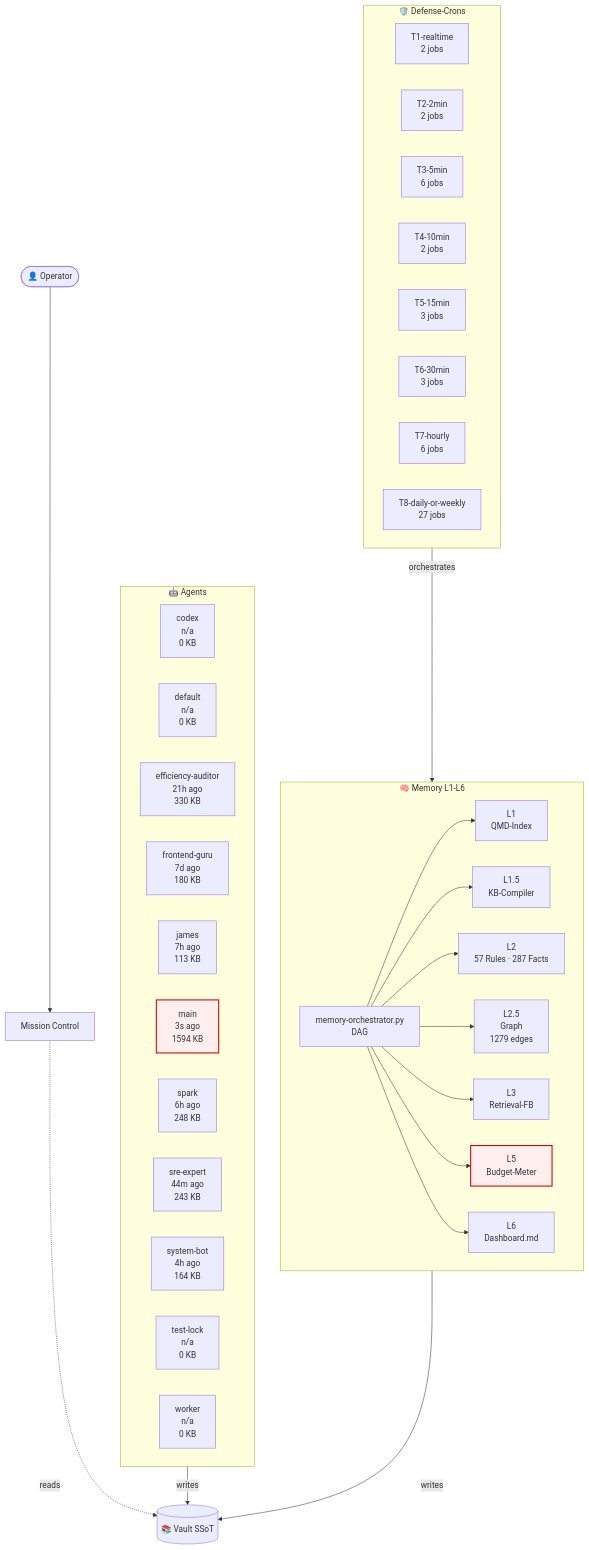
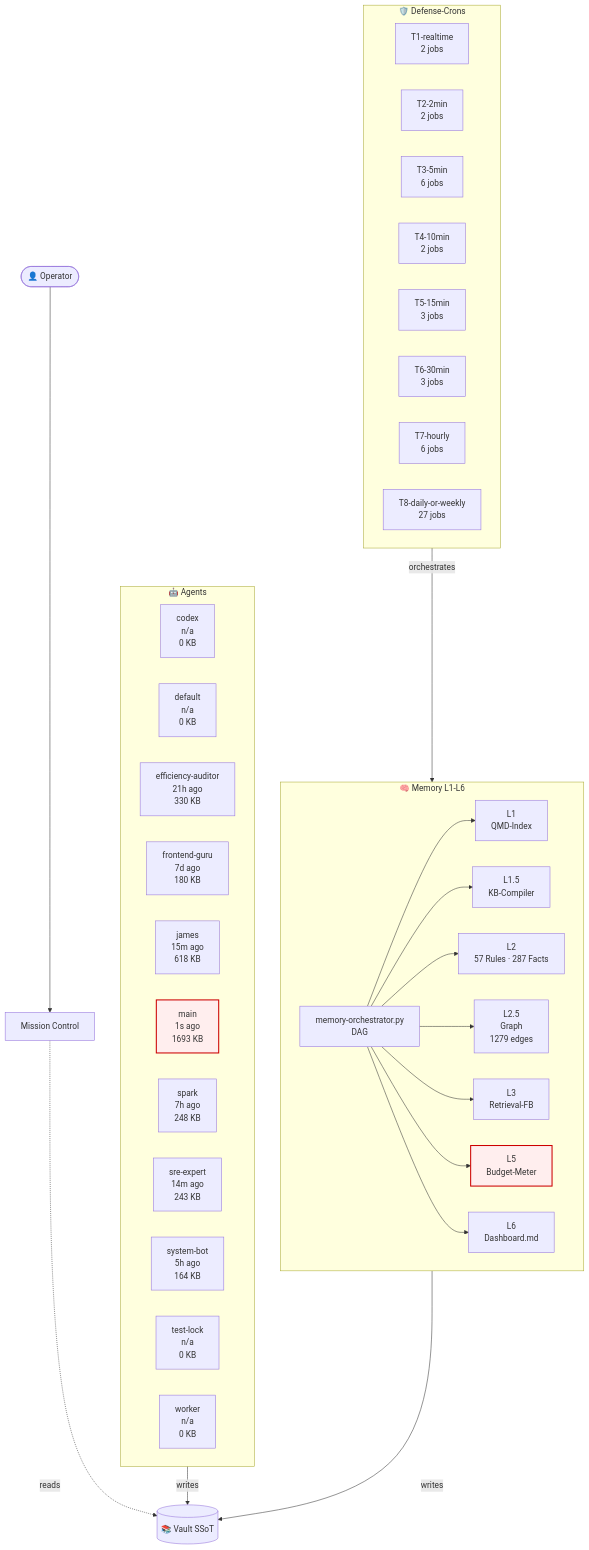
Before and after one commit to lenardhuebner88-rgb/openclaw-memory: the diagram in 03-Agents/architecture-live.md, drawn with Mermaid. The commit also changed other lines of this file and 13 other files, not shown here.

````diff
--- a/03-Agents/architecture-live.md
+++ b/03-Agents/architecture-live.md
@@ -18,54 +18,54 @@
 ```mermaid
 flowchart TB
     classDef critical fill:#fee,stroke:#c00,stroke-width:2px;
     subgraph AGT["🤖 Agents"]
         agent_codex["codex<br/>n/a<br/>0 KB"]
         agent_default["default<br/>n/a<br/>0 KB"]
         agent_efficiency_auditor["efficiency-auditor<br/>21h ago<br/>330 KB"]
         agent_frontend_guru["frontend-guru<br/>7d ago<br/>180 KB"]
-        agent_james["james<br/>7h ago<br/>113 KB"]
-        agent_main["main<br/>3s ago<br/>1594 KB"]
-        agent_spark["spark<br/>6h ago<br/>248 KB"]
-        agent_sre_expert["sre-expert<br/>44m ago<br/>243 KB"]
-        agent_system_bot["system-bot<br/>4h ago<br/>164 KB"]
+        agent_james["james<br/>15m ago<br/>618 KB"]
+        agent_main["main<br/>1s ago<br/>1693 KB"]
+        agent_spark["spark<br/>7h ago<br/>248 KB"]
+        agent_sre_expert["sre-expert<br/>14m ago<br/>243 KB"]
+        agent_system_bot["system-bot<br/>5h ago<br/>164 KB"]
         agent_test_lock["test-lock<br/>n/a<br/>0 KB"]
         agent_worker["worker<br/>n/a<br/>0 KB"]
     end
     subgraph MEM["🧠 Memory L1-L6"]
         L1["L1<br/>QMD-Index"]
         L15["L1.5<br/>KB-Compiler"]
         L2["L2<br/>57 Rules · 287 Facts"]
         L25["L2.5<br/>Graph<br/>1279 edges"]
         L3["L3<br/>Retrieval-FB"]
         L5["L5<br/>Budget-Meter"]
         L6["L6<br/>Dashboard.md"]
         ORCH["memory-orchestrator.py<br/>DAG"]
     end
     subgraph CRN["🛡️ Defense-Crons"]
         tier_T1_realtime["T1-realtime<br/>2 jobs"]
         tier_T2_2min["T2-2min<br/>2 jobs"]
         tier_T3_5min["T3-5min<br/>6 jobs"]
         tier_T4_10min["T4-10min<br/>2 jobs"]
         tier_T5_15min["T5-15min<br/>3 jobs"]
         tier_T6_30min["T6-30min<br/>3 jobs"]
         tier_T7_hourly["T7-hourly<br/>6 jobs"]
         tier_T8_daily_or_weekly["T8-daily-or-weekly<br/>27 jobs"]
     end
     VAULT[("📚 Vault SSoT")]
     OP([👤 Operator])
     MC["Mission Control"]
     OP --> MC
     MC -.reads.-> VAULT
     AGT -->|writes| VAULT
     MEM -->|writes| VAULT
     ORCH --> L1
     ORCH --> L15
     ORCH --> L2
     ORCH --> L25
     ORCH --> L3
     ORCH --> L5
     ORCH --> L6
     CRN -->|orchestrates| MEM
     class L5 critical
     class agent_main critical
 ```
````
